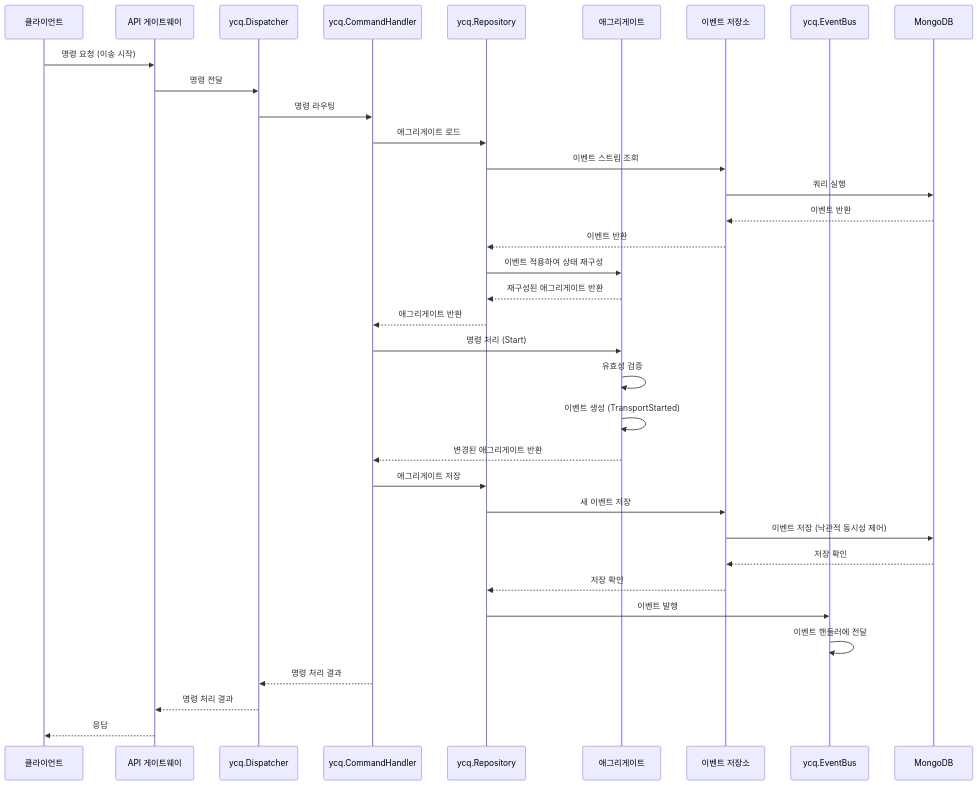
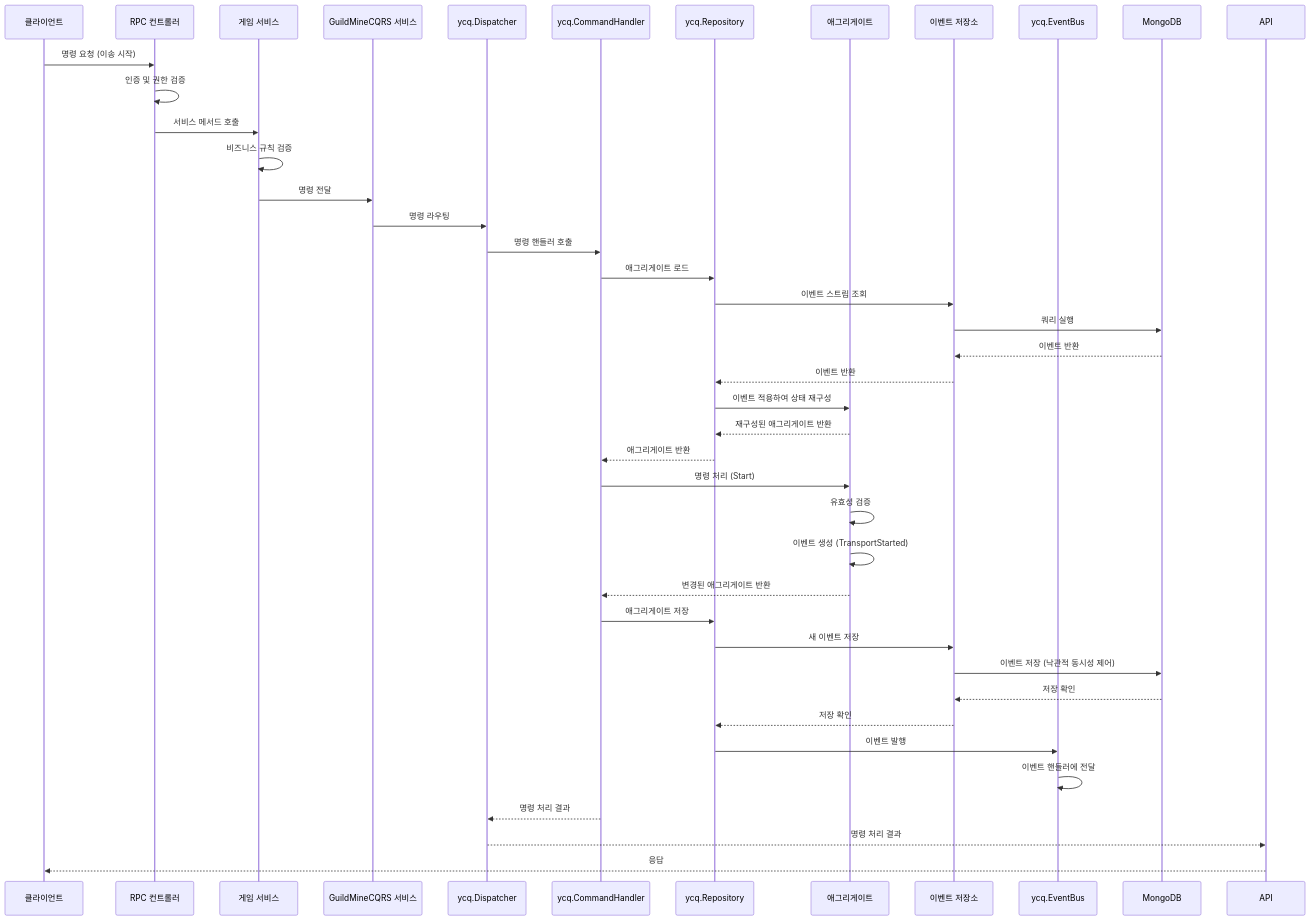
One commit to homveloper/boss-raid-game changed the sixth of 14 diagrams in transport/GuildMineCQRS.md. Above: the diagram before and after it, drawn with Mermaid. The commit also changed other lines of this file, not shown here.

````diff
--- a/transport/GuildMineCQRS.md
+++ b/transport/GuildMineCQRS.md
@@ -384,44 +447,50 @@
 ```mermaid
 sequenceDiagram
     participant Client as 클라이언트
-    participant API as API 게이트웨이
+    participant RPCController as RPC 컨트롤러
+    participant GameService as 게임 서비스
+    participant GuildMineCQRS as GuildMineCQRS 서비스
     participant Dispatcher as ycq.Dispatcher
     participant CommandHandler as ycq.CommandHandler
     participant Repository as ycq.Repository
     participant Aggregate as 애그리게이트
     participant EventStore as 이벤트 저장소
     participant EventBus as ycq.EventBus
     participant MongoDB as MongoDB
 
-    Client->>API: 명령 요청 (이송 시작)
-    API->>Dispatcher: 명령 전달
-    Dispatcher->>CommandHandler: 명령 라우팅
+    Client->>RPCController: 명령 요청 (이송 시작)
+    RPCController->>RPCController: 인증 및 권한 검증
+    RPCController->>GameService: 서비스 메서드 호출
+    GameService->>GameService: 비즈니스 규칙 검증
+    GameService->>GuildMineCQRS: 명령 전달
+    GuildMineCQRS->>Dispatcher: 명령 라우팅
+    Dispatcher->>CommandHandler: 명령 핸들러 호출
 
     CommandHandler->>Repository: 애그리게이트 로드
     Repository->>EventStore: 이벤트 스트림 조회
     EventStore->>MongoDB: 쿼리 실행
     MongoDB-->>EventStore: 이벤트 반환
     EventStore-->>Repository: 이벤트 반환
 
     Repository->>Aggregate: 이벤트 적용하여 상태 재구성
     Aggregate-->>Repository: 재구성된 애그리게이트 반환
     Repository-->>CommandHandler: 애그리게이트 반환
 
     CommandHandler->>Aggregate: 명령 처리 (Start)
     Aggregate->>Aggregate: 유효성 검증
     Aggregate->>Aggregate: 이벤트 생성 (TransportStarted)
     Aggregate-->>CommandHandler: 변경된 애그리게이트 반환
 
     CommandHandler->>Repository: 애그리게이트 저장
     Repository->>EventStore: 새 이벤트 저장
     EventStore->>MongoDB: 이벤트 저장 (낙관적 동시성 제어)
     MongoDB-->>EventStore: 저장 확인
     EventStore-->>Repository: 저장 확인
 
     Repository->>EventBus: 이벤트 발행
     EventBus->>EventBus: 이벤트 핸들러에 전달
 
     CommandHandler-->>Dispatcher: 명령 처리 결과
     Dispatcher-->>API: 명령 처리 결과
     API-->>Client: 응답
 ```
````
